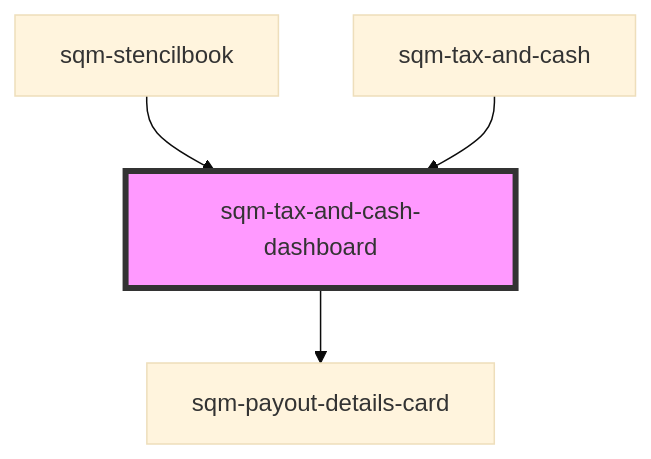
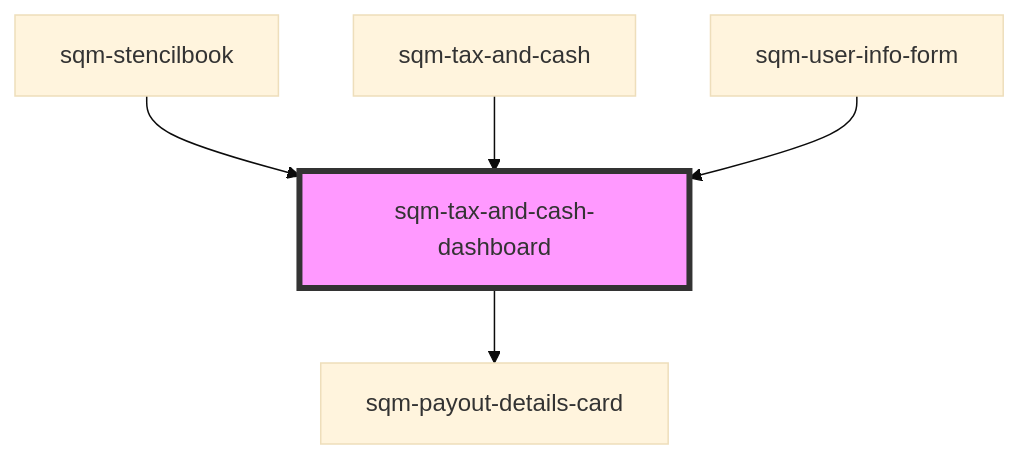
Before and after one commit to saasquatch/program-tools: the diagram in packages/mint-components/src/components/tax-and-cash/sqm-tax-and-cash-dashboard/readme.md, drawn with Mermaid (base theme). The commit also changed other lines of this file and 11 other files, not shown here.

````diff
--- a/packages/mint-components/src/components/tax-and-cash/sqm-tax-and-cash-dashboard/readme.md
+++ b/packages/mint-components/src/components/tax-and-cash/sqm-tax-and-cash-dashboard/readme.md
@@ -57,7 +58,8 @@
 ```mermaid
 graph TD;
   sqm-tax-and-cash-dashboard --> sqm-payout-details-card
   sqm-stencilbook --> sqm-tax-and-cash-dashboard
   sqm-tax-and-cash --> sqm-tax-and-cash-dashboard
+  sqm-user-info-form --> sqm-tax-and-cash-dashboard
   style sqm-tax-and-cash-dashboard fill:#f9f,stroke:#333,stroke-width:4px
 ```
````
